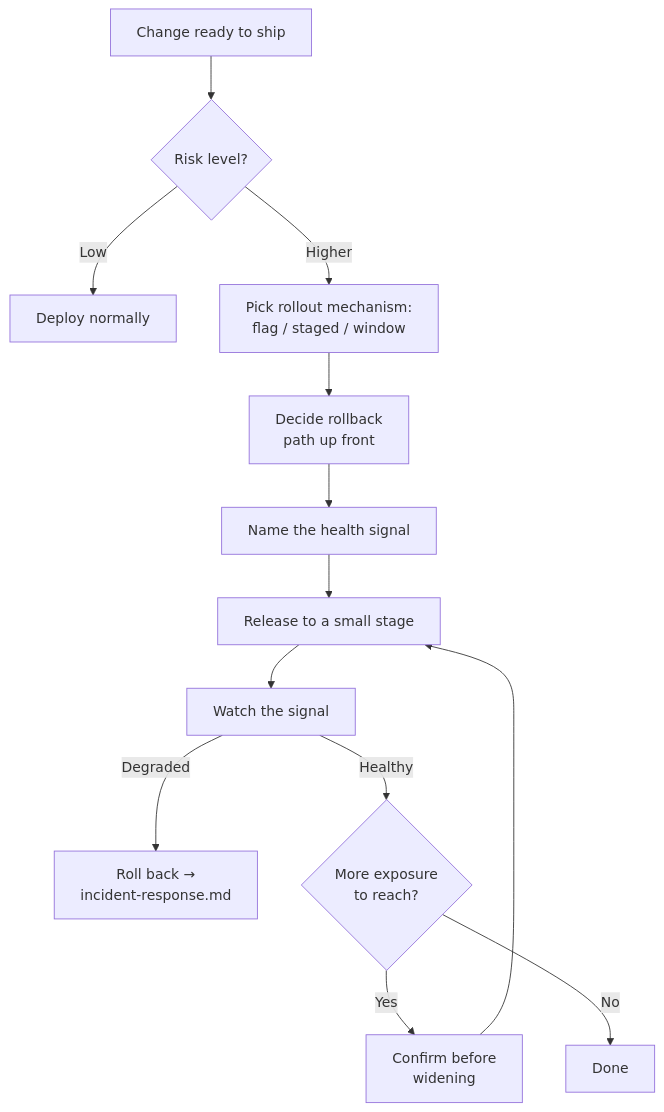
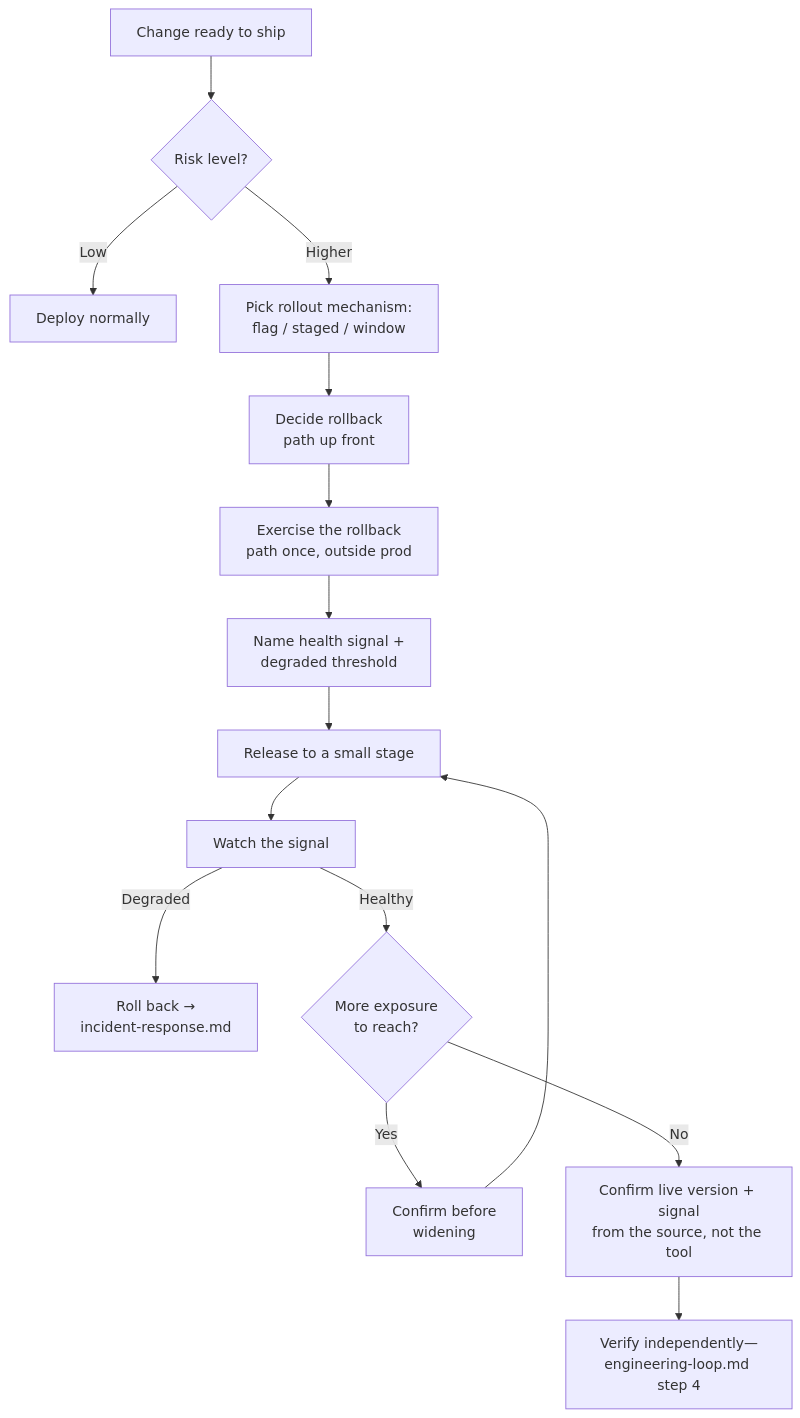
Diagram 20 of 38 in FLOWS.md (chiragmangaldev3112/agent-playbooks), drawn with Mermaid before and after one commit. The commit also changed other lines of this file and 6 other files, not shown here.

First line of the commit message:
Sync docs for content 1.29.0: flows, examples, changelog, custom bots

````diff
--- a/FLOWS.md
+++ b/FLOWS.md
@@ -338,15 +389,17 @@
 ```mermaid
 flowchart TD
     A[Change ready to ship] --> B{Risk level?}
     B -->|Low| C[Deploy normally]
     B -->|Higher| D[Pick rollout mechanism:\nflag / staged / window]
     D --> E[Decide rollback\npath up front]
-    E --> F[Name the health signal]
+    E --> E2[Exercise the rollback\npath once, outside prod]
+    E2 --> F[Name health signal +\ndegraded threshold]
     F --> G[Release to a small stage]
     G --> H[Watch the signal]
     H -->|Degraded| I[Roll back →\nincident-response.md]
     H -->|Healthy| J{More exposure\nto reach?}
     J -->|Yes| K[Confirm before\nwidening]
     K --> G
-    J -->|No| L[Done]
+    J -->|No| L[Confirm live version + signal\nfrom the source, not the tool]
+    L --> V[Verify independently—\nengineering-loop.md step 4]
 ```
````
